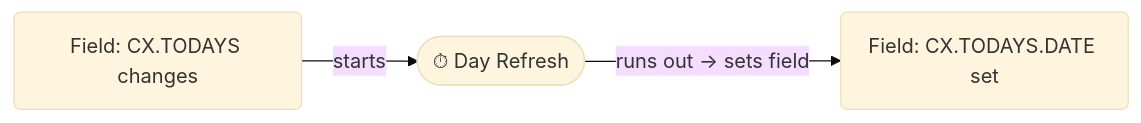
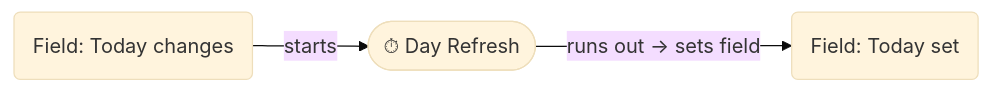
Diagram 16 of 24 in docs/RULES_MAP.md (NewAige/mortgage-tasks), drawn with Mermaid (base theme) before and after one commit. The commit also changed other lines of this file and 4 other files, not shown here.

````diff
--- a/docs/RULES_MAP.md
+++ b/docs/RULES_MAP.md
@@ -910,10 +910,10 @@
 ```mermaid
 flowchart LR
     n1(["⏱ Day Refresh"])
-    n2("Field: CX.TODAYS changes")
-    n3("Field: CX.TODAYS.DATE set")
+    n2("Field: Today changes")
+    n3("Field: Today set")
     n2 -->|"starts"| n1
     n1 -->|"runs out → sets field"| n3
     classDef stub stroke-dasharray: 4 3
     classDef gap stroke-dasharray: 2 4
 ```
````
